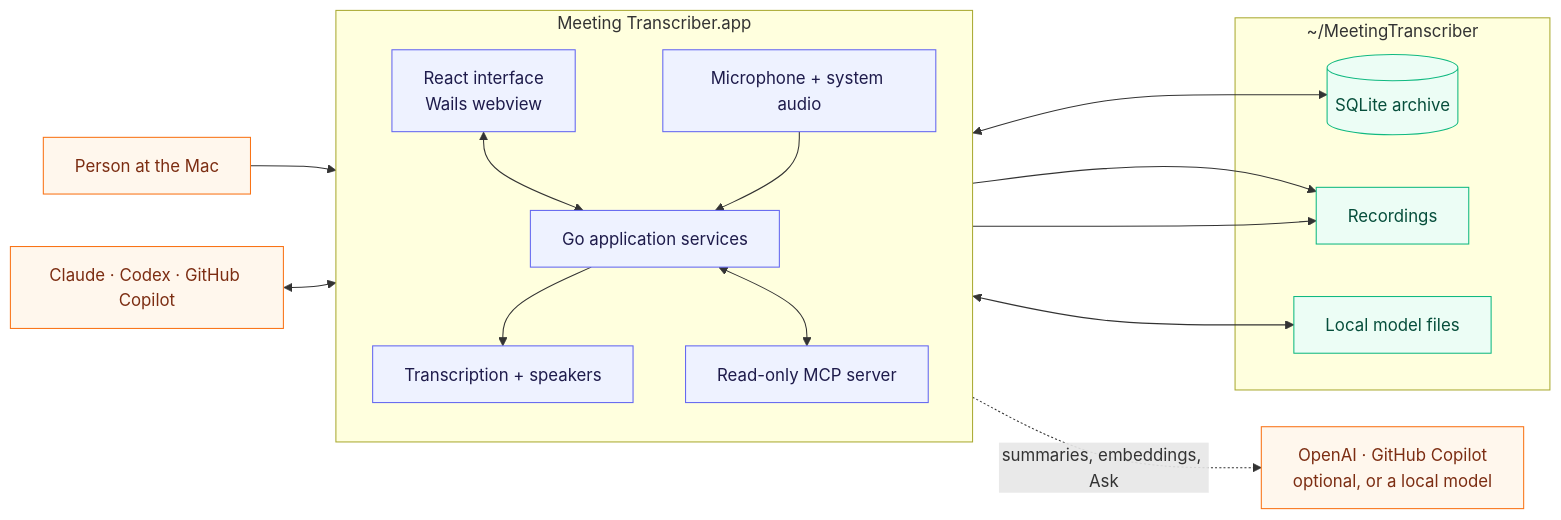
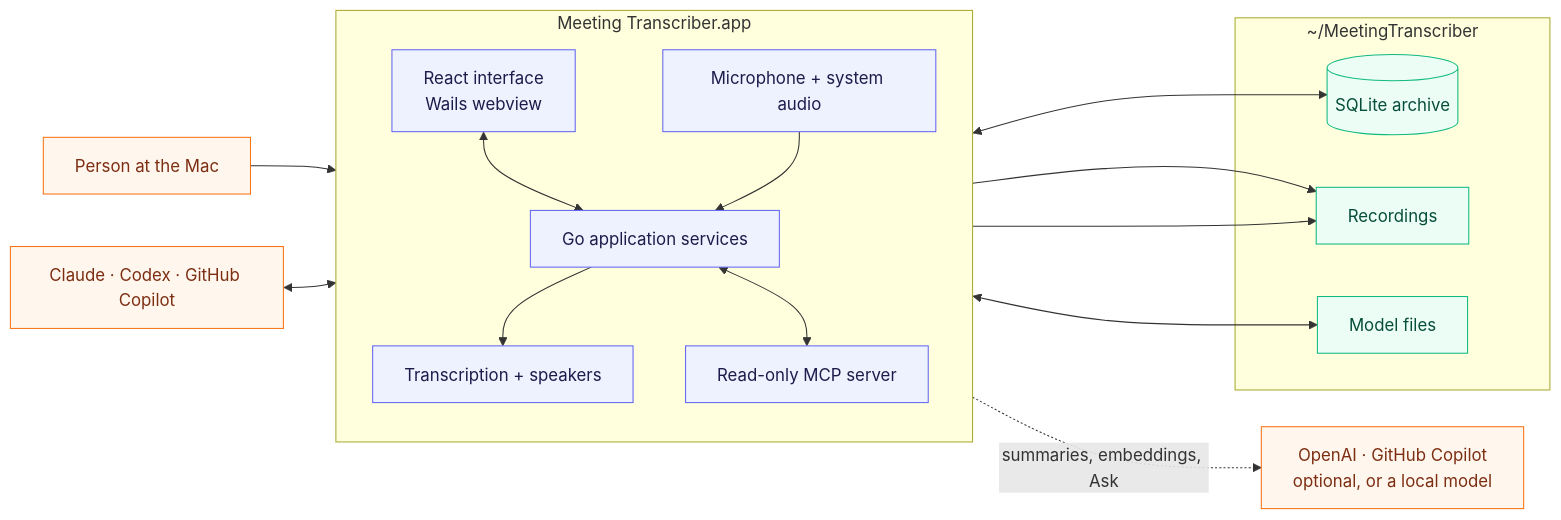
One commit to dmykolen/meeting-transcriber-go changed the second of 3 diagrams in README.md. Above: the diagram before and after it, drawn with Mermaid. The commit also changed other lines of this file and 73 other files, not shown here.

````diff
--- a/README.md
+++ b/README.md
@@ -48,41 +214,41 @@
 ```mermaid
 flowchart LR
     Person["Person at the Mac"]
     Clients["Claude · Codex · GitHub Copilot"]
-    OpenAI["OpenAI · GitHub Copilot<br/>optional, or a local model"]
+    AI["OpenAI · GitHub Copilot<br/>optional, or a local model"]
 
     subgraph App["Meeting Transcriber.app"]
         direction TB
         UI["React interface<br/>Wails webview"]
         Core["Go application services"]
         Capture["Microphone + system audio"]
         Pipeline["Transcription + speakers"]
         MCP["Read-only MCP server"]
 
         UI <--> Core
         Capture --> Core
         Core --> Pipeline
         Core <--> MCP
     end
 
     subgraph Local["~/MeetingTranscriber"]
         DB[("SQLite archive")]
         Audio["Recordings"]
-        Models["Local model files"]
+        Models["Model files"]
     end
 
     Person --> UI
     Clients <--> MCP
     Pipeline <--> Models
     Core <--> DB
     Capture --> Audio
     Pipeline --> Audio
-    Core -. "summaries, embeddings, Ask" .-> OpenAI
+    Core -. "summaries, embeddings, Ask" .-> AI
 
     classDef app fill:#EEF2FF,stroke:#6366F1,color:#1E1B4B
     classDef local fill:#ECFDF5,stroke:#10B981,color:#064E3B
     classDef external fill:#FFF7ED,stroke:#F97316,color:#7C2D12
     class UI,Core,Capture,Pipeline,MCP app
     class DB,Audio,Models local
-    class Person,Clients,OpenAI external
+    class Person,Clients,AI external
 ```
````
